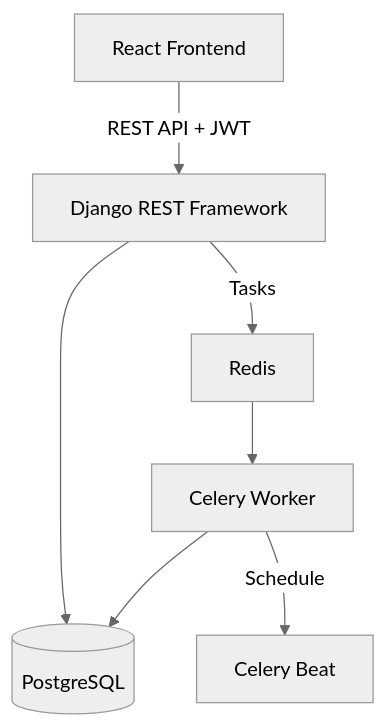
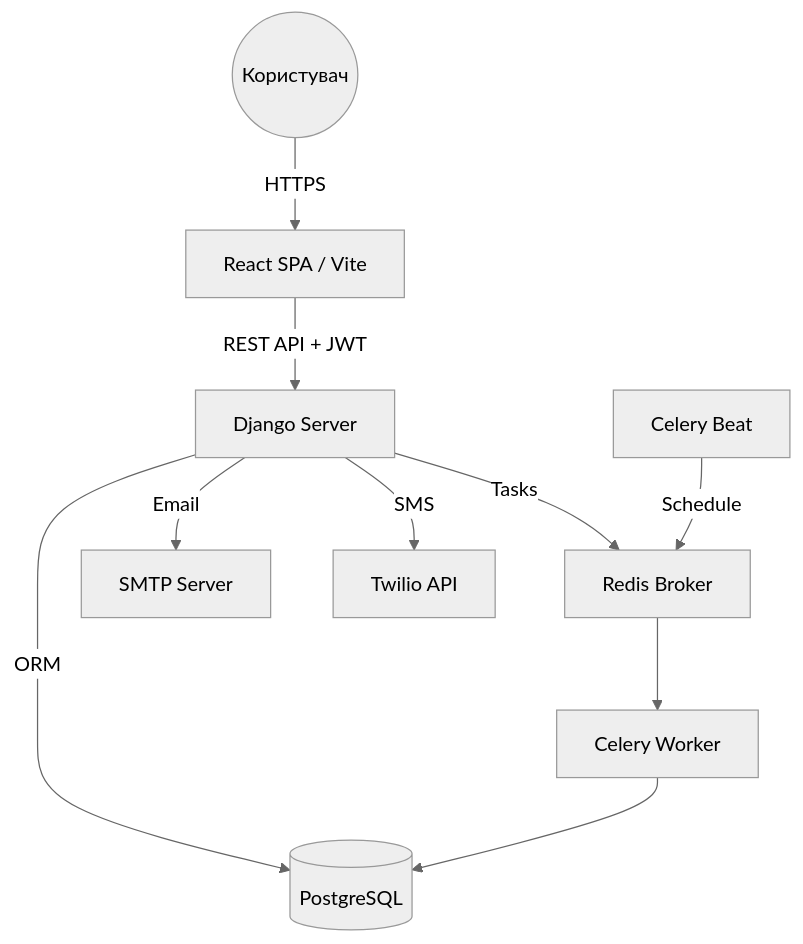
Before and after one commit to dmytrotm/isp: the first of 2 diagrams in README.md, drawn with Mermaid (neutral theme). The commit also changed other lines of this file and 27 other files, not shown here.

````diff
--- a/README.md
+++ b/README.md
@@ -65,9 +73,13 @@
 ```mermaid
 graph TD
-    Client[React Frontend] -->|REST API + JWT| API[Django REST Framework]
-    API --> DB[(PostgreSQL)]
-    API -->|Tasks| Broker[Redis]
-    Broker --> Worker[Celery Worker]
+    User((Користувач)) -->|HTTPS| Web[React SPA / Vite]
+    Web -->|REST API + JWT| API[Django Server]
+    API -->|ORM| DB[(PostgreSQL)]
+    API -->|Tasks| Redis[Redis Broker]
+    Redis --> Worker[Celery Worker]
     Worker --> DB
-    Worker -->|Schedule| Beat[Celery Beat]
+    Beat[Celery Beat] -->|Schedule| Redis
+    
+    API -->|Email| SMTP[SMTP Server]
+    API -->|SMS| Twilio[Twilio API]
 ```
````
